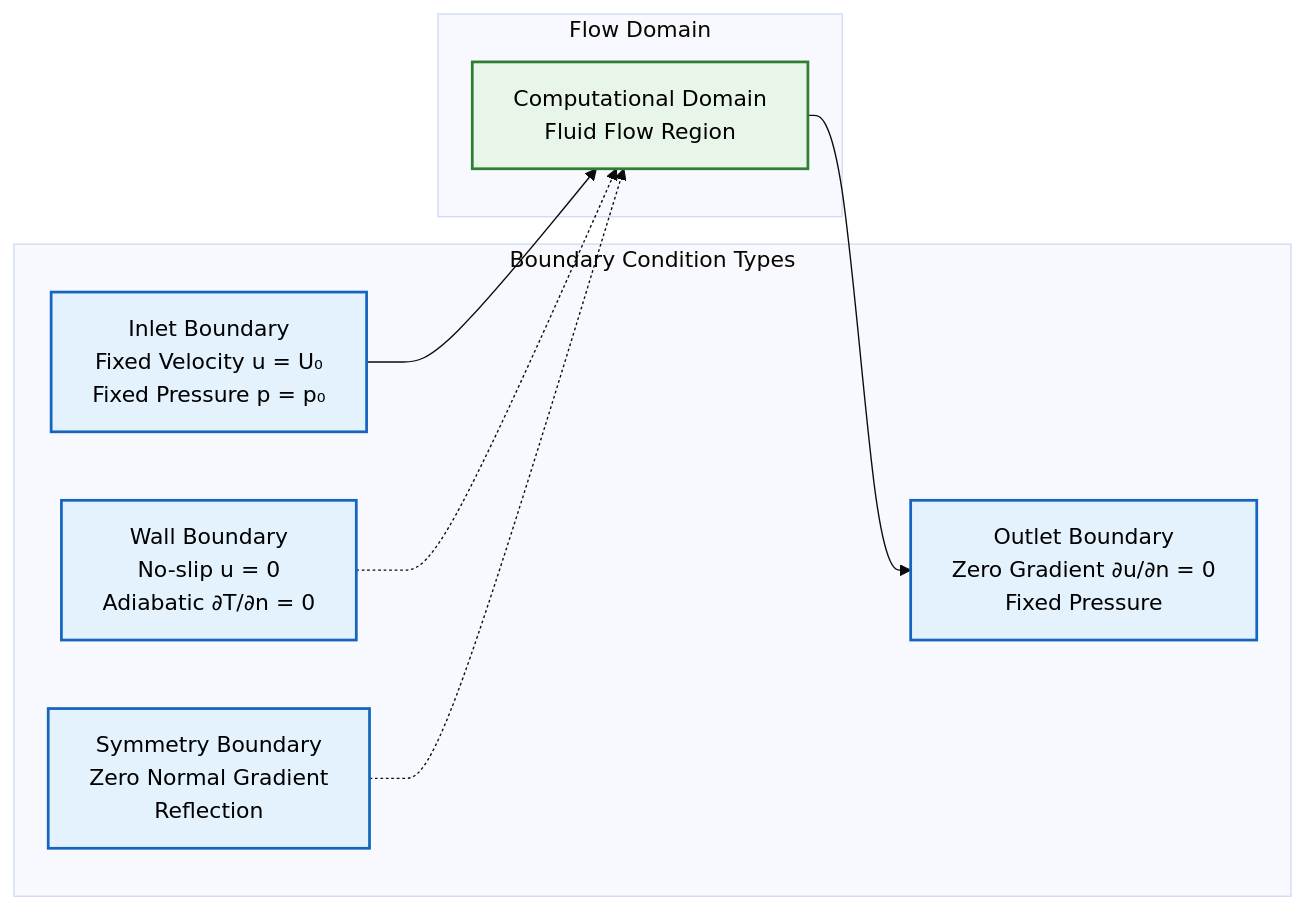
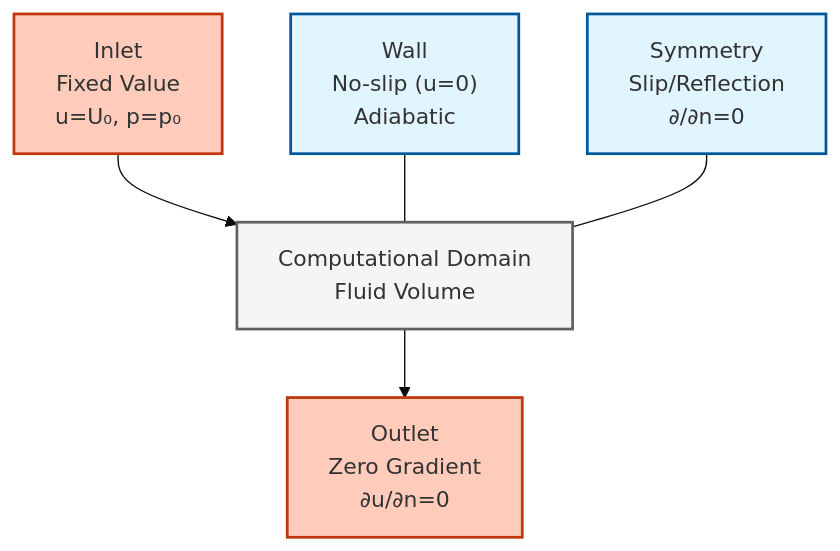
Before and after one commit to wramet/build-my-cfd: the first of 5 diagrams in MODULE_01_CFD_FUNDAMENTALS/CONTENT/01_GOVERNING_EQUATIONS/06_Boundary_Conditions.md, drawn with Mermaid (base theme). The commit also changed other lines of this file and 313 other files, not shown here.

Commit message:
Revise all diagram

````diff
--- a/MODULE_01_CFD_FUNDAMENTALS/CONTENT/01_GOVERNING_EQUATIONS/06_Boundary_Conditions.md
+++ b/MODULE_01_CFD_FUNDAMENTALS/CONTENT/01_GOVERNING_EQUATIONS/06_Boundary_Conditions.md
@@ -6,24 +6,16 @@
 ```mermaid
-graph LR
-    subgraph "Boundary Condition Types"
-        Inlet["Inlet Boundary<br/>Fixed Velocity u = U₀<br/>Fixed Pressure p = p₀"]
-        Outlet["Outlet Boundary<br/>Zero Gradient ∂u/∂n = 0<br/>Fixed Pressure"]
-        Wall["Wall Boundary<br/>No-slip u = 0<br/>Adiabatic ∂T/∂n = 0"]
-        Symmetry["Symmetry Boundary<br/>Zero Normal Gradient<br/>Reflection"]
-    end
+graph TD
+classDef implicit fill:#e1f5fe,stroke:#01579b,stroke-width:2px
+classDef explicit fill:#ffccbc,stroke:#bf360c,stroke-width:2px
+classDef context fill:#f5f5f5,stroke:#616161,stroke-width:2px
+Domain["Computational Domain<br/>Fluid Volume"]:::context
+Inlet["Inlet<br/>Fixed Value<br/>u=U₀, p=p₀"]:::explicit
+Outlet["Outlet<br/>Zero Gradient<br/>∂u/∂n=0"]:::explicit
+Wall["Wall<br/>No-slip (u=0)<br/>Adiabatic"]:::implicit
+Sym["Symmetry<br/>Slip/Reflection<br/>∂/∂n=0"]:::implicit
 
-    subgraph "Flow Domain"
-        Domain["Computational Domain<br/>Fluid Flow Region"]
-    end
-
-    Inlet --> Domain
-    Domain --> Outlet
-    Wall -.-> Domain
-    Symmetry -.-> Domain
-
-    classDef boundary fill:#e3f2fd,stroke:#1565c0,stroke-width:2px,color:#000;
-    classDef domain fill:#e8f5e9,stroke:#2e7d32,stroke-width:2px,color:#000;
-
-    class Inlet,Outlet,Wall,Symmetry boundary;
-    class Domain domain;
+Inlet --> Domain
+Domain --> Outlet
+Wall --- Domain
+Sym --- Domain
 ```
````
